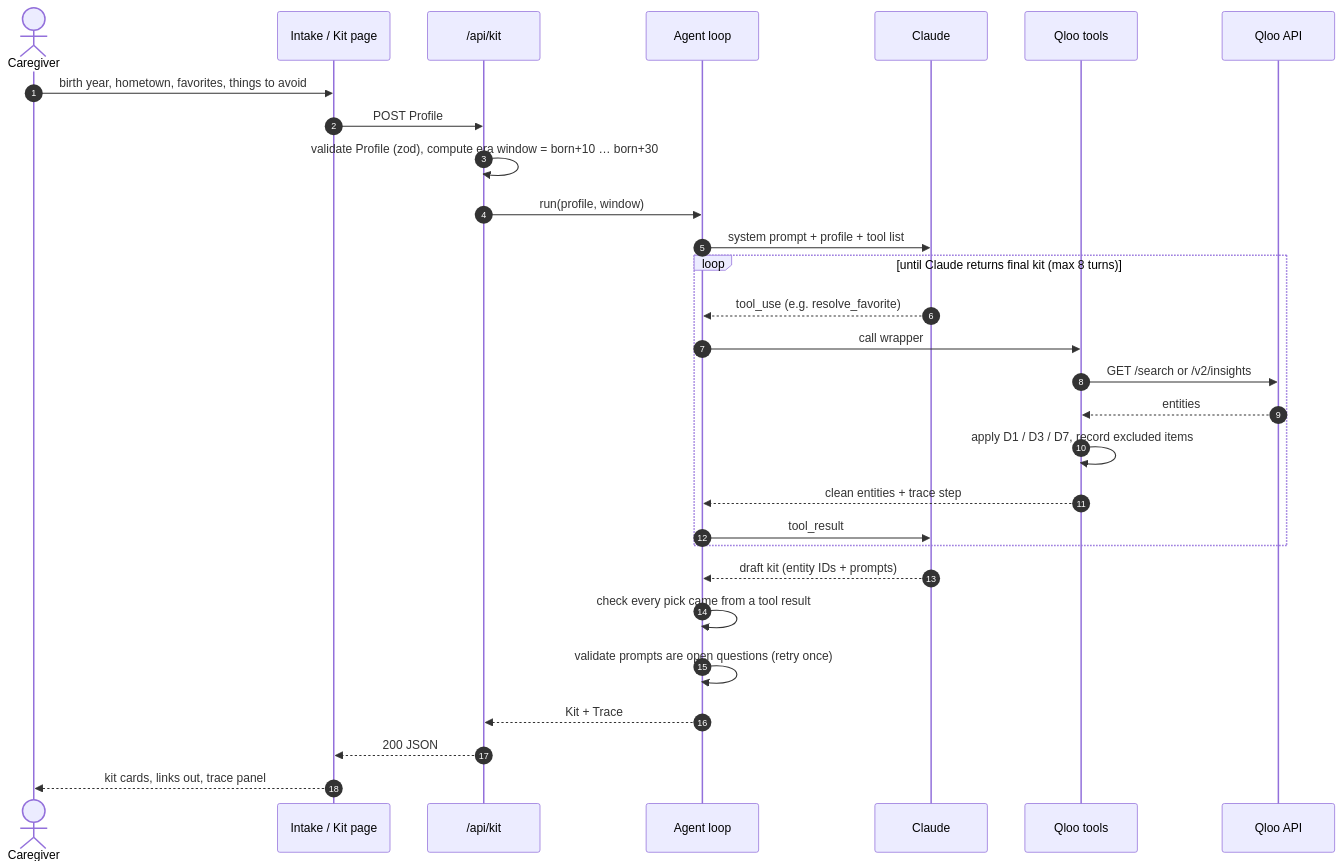
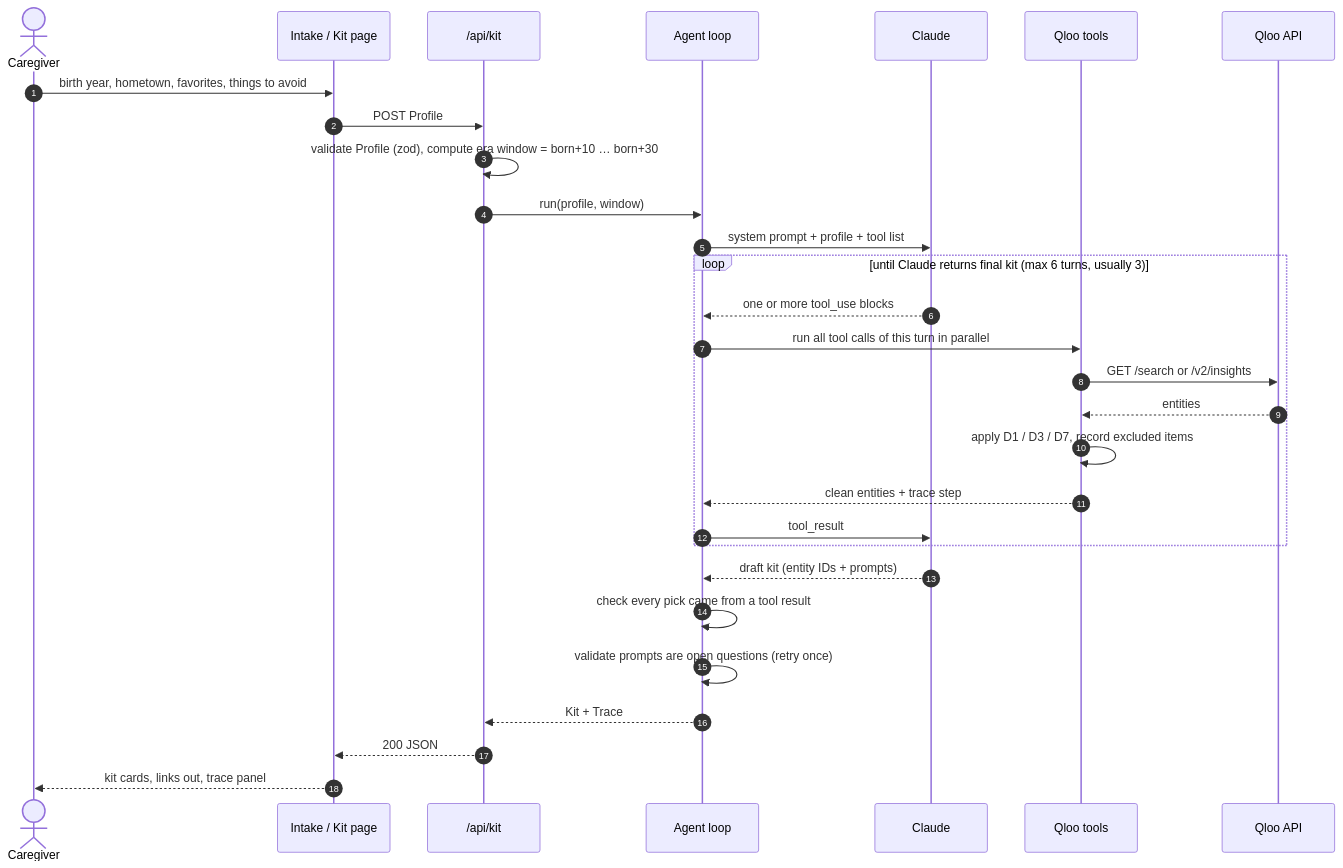
Before and after one commit to PrathibhaDevkar/memory-lane: the second of 8 diagrams in docs/implementation-plan.md, drawn with Mermaid. The commit also changed other lines of this file and 1 other file, not shown here.

````diff
--- a/docs/implementation-plan.md
+++ b/docs/implementation-plan.md
@@ -70,32 +74,32 @@
 ```mermaid
 sequenceDiagram
     autonumber
     actor CG as Caregiver
     participant UI as Intake / Kit page
     participant API as /api/kit
     participant AG as Agent loop
     participant CL as Claude
     participant T as Qloo tools
     participant QL as Qloo API
 
     CG->>UI: birth year, hometown, favorites, things to avoid
     UI->>API: POST Profile
     API->>API: validate Profile (zod), compute era window = born+10 … born+30
     API->>AG: run(profile, window)
     AG->>CL: system prompt + profile + tool list
-    loop until Claude returns final kit (max 8 turns)
-        CL-->>AG: tool_use (e.g. resolve_favorite)
-        AG->>T: call wrapper
+    loop until Claude returns final kit (max 6 turns, usually 3)
+        CL-->>AG: one or more tool_use blocks
+        AG->>T: run all tool calls of this turn in parallel
         T->>QL: GET /search or /v2/insights
         QL-->>T: entities
         T->>T: apply D1 / D3 / D7, record excluded items
         T-->>AG: clean entities + trace step
         AG->>CL: tool_result
     end
     CL-->>AG: draft kit (entity IDs + prompts)
     AG->>AG: check every pick came from a tool result
     AG->>AG: validate prompts are open questions (retry once)
     AG-->>API: Kit + Trace
     API-->>UI: 200 JSON
     UI-->>CG: kit cards, links out, trace panel
 ```
````
